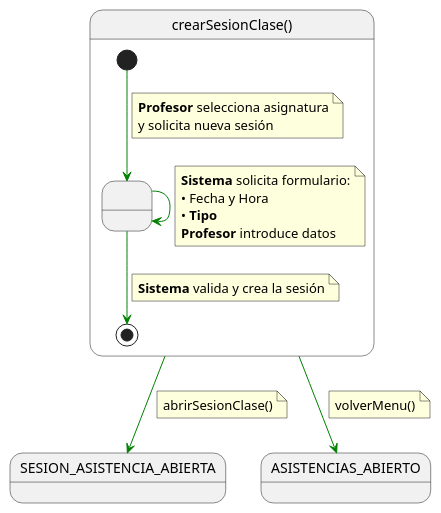
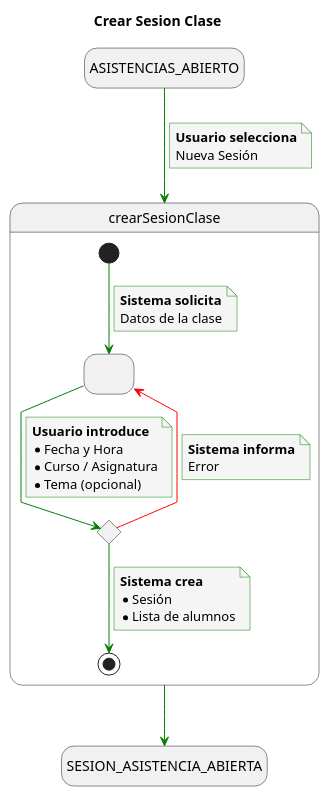
The diagram in documents/CasosDeUso/DetalladoCasosDeUso/Profesor/crearSesionClase.puml (enmabry/25-26-IdSw1-SdR), drawn with PlantUML before and after one commit. The commit also changed 12 other files, not shown here.

```diff
--- a/documents/CasosDeUso/DetalladoCasosDeUso/Profesor/crearSesionClase.puml
+++ b/documents/CasosDeUso/DetalladoCasosDeUso/Profesor/crearSesionClase.puml
@@ -1,39 +1,56 @@
-@startuml crearSesionClase
+@startuml
+title Crear Sesion Clase
 
-skinparam linetype polyline
+skinparam {
+    NoteBackgroundColor #whiteSmoke
+    ArrowColor #green
+    NoteBorderColor #green
+    linetype polyline
+}
 
-state crearSesionClase as "crearSesionClase()" {
+hide empty description
 
-    state " " as ConfigurandoDatos
+state startState as "ASISTENCIAS_ABIERTO"
+state endState as "SESION_ASISTENCIA_ABIERTA"
 
-    [*] -[#green]-> ConfigurandoDatos 
+startState --> crearSesionClase
+note on link
+    <b>Usuario selecciona</b>
+    Nueva Sesión
+end note
+
+state crearSesionClase {
+    state FormularioSesion as " "
+    state ValidarDatosSesion <<choice>>
+
+    [*] --> FormularioSesion
     note on link
-    <b>Profesor</b> selecciona asignatura
-    y solicita nueva sesión
-    end note    
-    
-    ConfigurandoDatos -[#green]-> ConfigurandoDatos
+        <b>Sistema solicita</b>
+        Datos de la clase
+    end note
+
+    FormularioSesion --> ValidarDatosSesion
     note on link
-    <b>Sistema</b> solicita formulario:
-    • Fecha y Hora
-    • <b>Tipo</b>
-    <b>Profesor</b> introduce datos
+        <b>Usuario introduce</b>
+        * Fecha y Hora
+        * Curso / Asignatura
+        * Tema (opcional)
     end note
-    
-    ConfigurandoDatos -[#green]-> [*]
+
+    ValidarDatosSesion -[#red]-> FormularioSesion
     note on link
-    <b>Sistema</b> valida y crea la sesión
+        <b>Sistema informa</b>
+        Error
+    end note
+
+    ValidarDatosSesion --> [*]
+    note on link
+        <b>Sistema crea</b>
+        * Sesión
+        * Lista de alumnos
     end note
 }
 
-crearSesionClase -[#green]-> SESION_ASISTENCIA_ABIERTA
-note on link
-abrirSesionClase()
-end note
-
-crearSesionClase -[#green]-> ASISTENCIAS_ABIERTO
-note on link
-volverMenu()
-end note
+crearSesionClase --> endState
 
 @enduml
```
